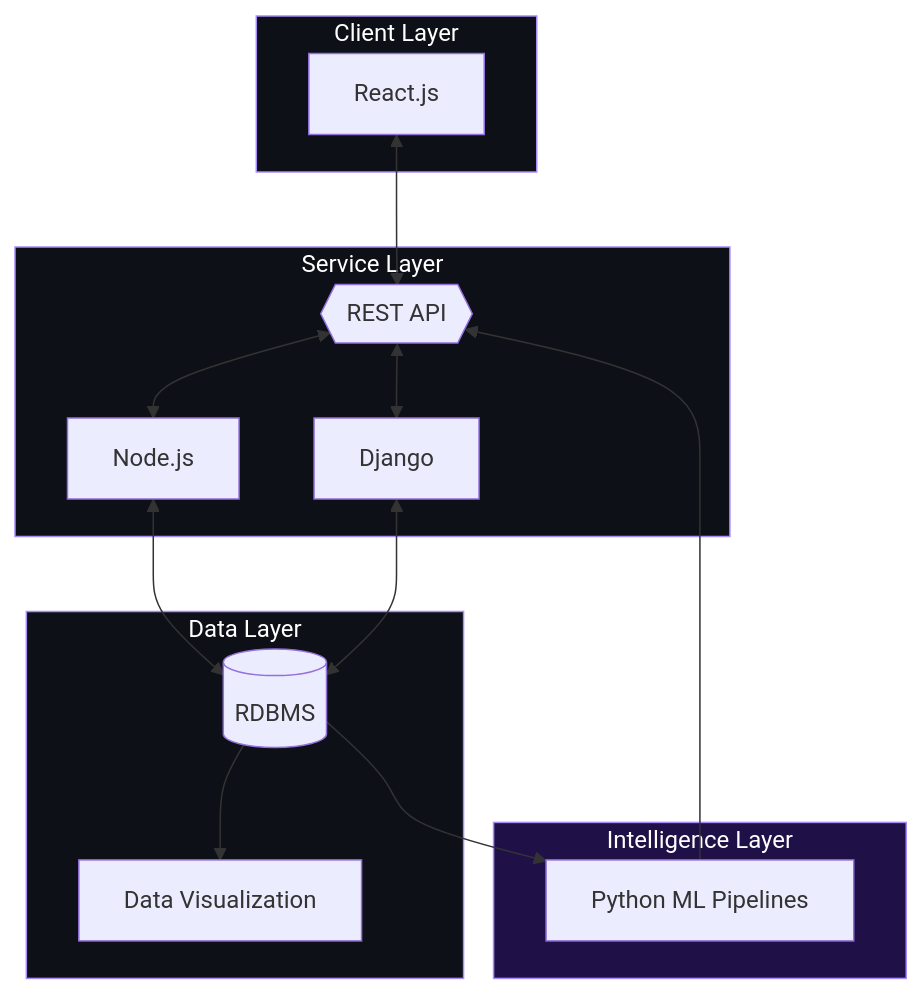
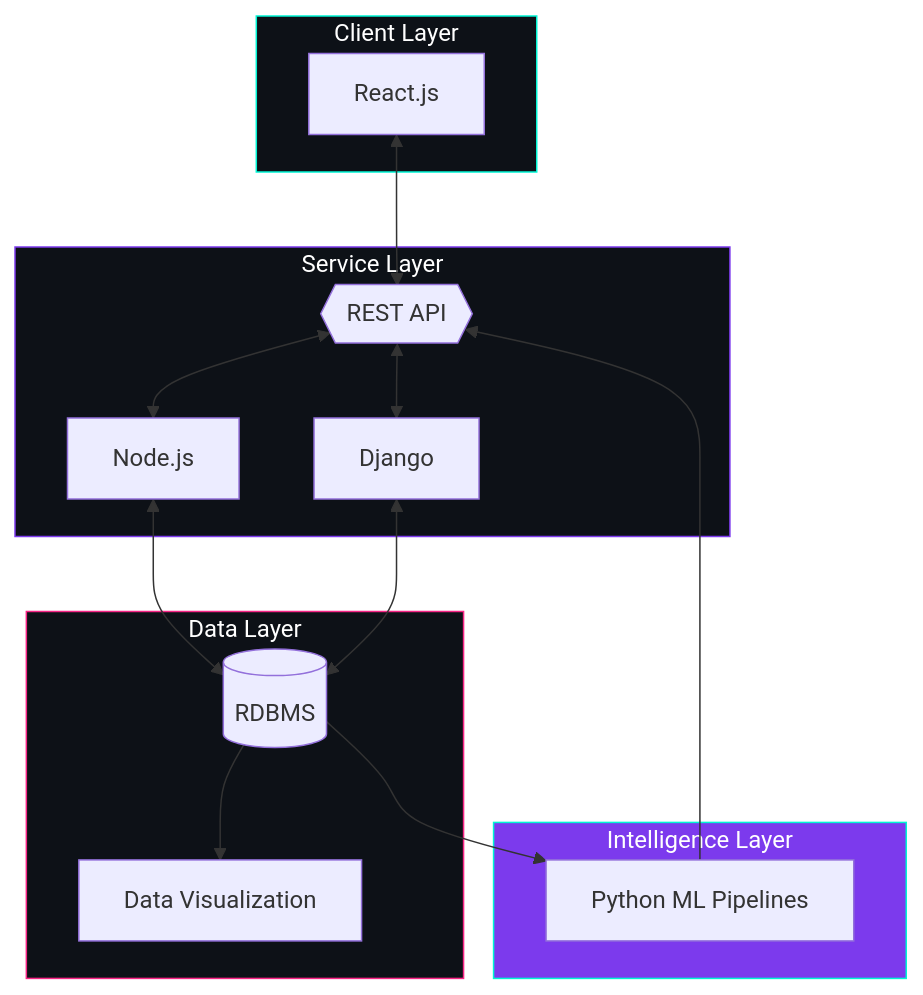
Before and after one commit to khaledhasanmilu/khaledhasanmilu: the second of 2 diagrams in README.md, drawn with Mermaid. The commit also changed other lines of this file, not shown here.

````diff
--- a/README.md
+++ b/README.md
@@ -78,32 +78,32 @@
 ```mermaid
 flowchart TB
     subgraph Client["Client Layer"]
         R[React.js]
     end
     subgraph Server["Service Layer"]
         N[Node.js]
         D[Django]
         API{{REST API}}
     end
     subgraph Data["Data Layer"]
         DB[(RDBMS)]
         V[Data Visualization]
     end
     subgraph Intelligence["Intelligence Layer"]
         ML[Python ML Pipelines]
     end
 
     R <--> API
     API <--> N
     API <--> D
     N <--> DB
     D <--> DB
     DB --> V
     DB --> ML
     ML --> API
 
-    style Client fill:#0d1117,stroke:#a78bfa,color:#fff
-    style Server fill:#0d1117,stroke:#a78bfa,color:#fff
-    style Data fill:#0d1117,stroke:#a78bfa,color:#fff
-    style Intelligence fill:#1f1147,stroke:#a78bfa,color:#fff
+    style Client fill:#0d1117,stroke:#00f5d4,color:#fff
+    style Server fill:#0d1117,stroke:#7c3aed,color:#fff
+    style Data fill:#0d1117,stroke:#f72585,color:#fff
+    style Intelligence fill:#7c3aed,stroke:#00f5d4,color:#fff
 ```
````
